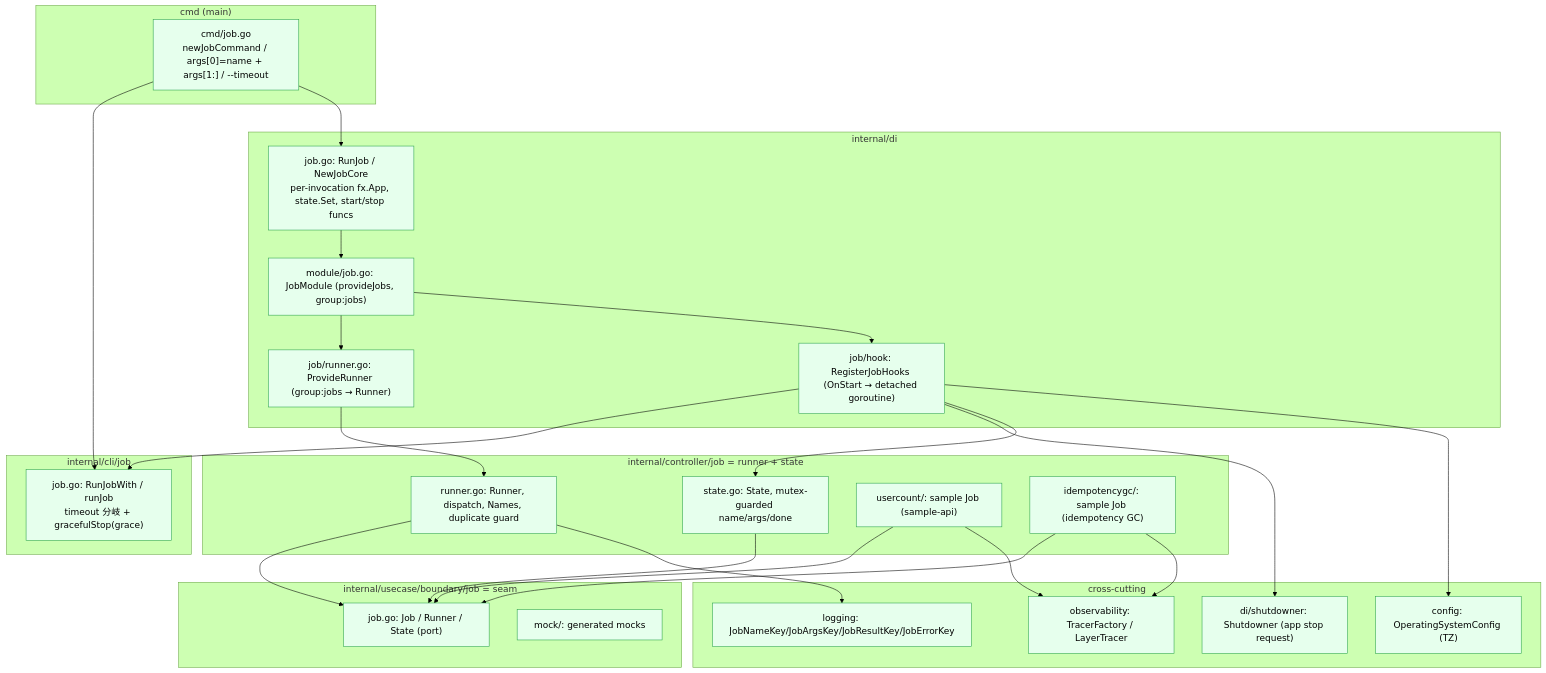
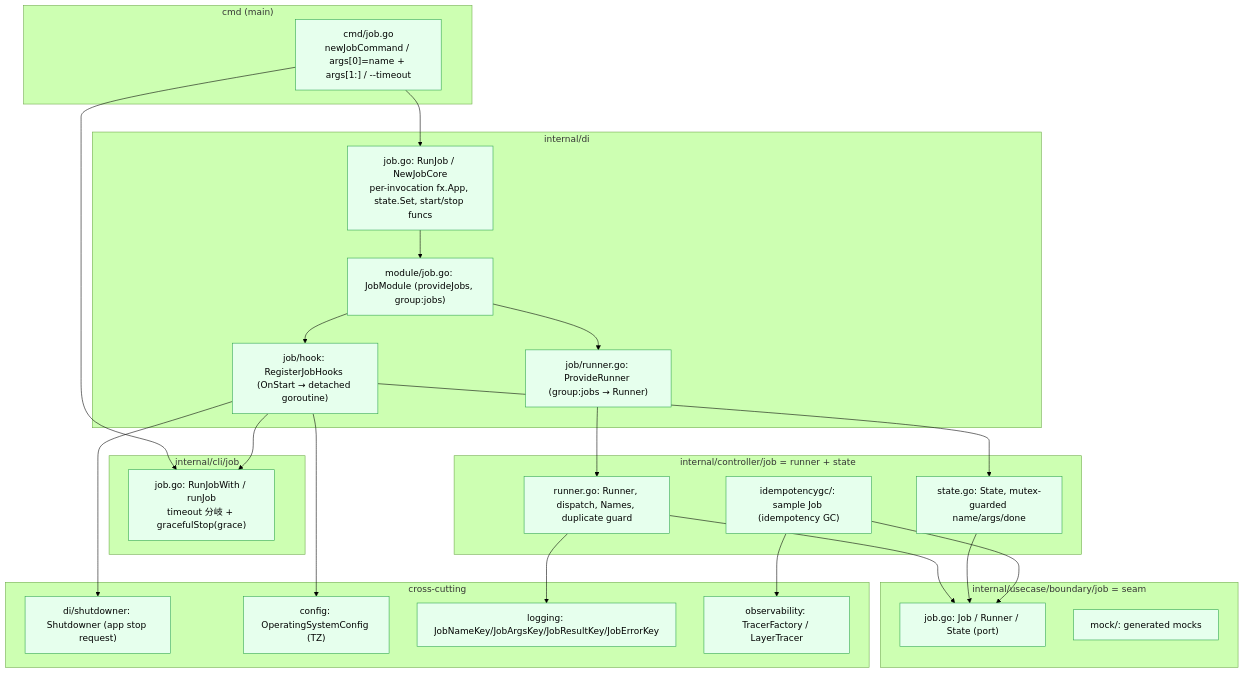
One commit to Tomy-ch/go-boilerplate changed the fourth of 6 diagrams in docs/design/job.md. Above: the diagram before and after it, drawn with Mermaid (forest theme). The commit also changed other lines of this file and 895 other files, not shown here.

````diff
--- a/docs/design/job.md
+++ b/docs/design/job.md
@@ -94,62 +94,49 @@
 ```mermaid
 flowchart TD
     subgraph cmdL["cmd (main)"]
         CMD["cmd/job.go<br/>newJobCommand / args[0]=name + args[1:] / --timeout"]
     end
     subgraph cliL["internal/cli/job"]
         CLI["job.go: RunJobWith / runJob<br/>timeout 分岐 + gracefulStop(grace)"]
     end
     subgraph diL["internal/di"]
         DIJ["job.go: RunJob / NewJobCore<br/>per-invocation fx.App, state.Set, start/stop funcs"]
         DIR["job/runner.go: ProvideRunner (group:jobs → Runner)"]
         DIH["job/hook: RegisterJobHooks (OnStart → detached goroutine)"]
         DIM["module/job.go: JobModule (provideJobs, group:jobs)"]
     end
     subgraph ctrlL["internal/controller/job  = runner + state"]
         RUN["runner.go: Runner, dispatch, Names, duplicate guard"]
         STATE["state.go: State, mutex-guarded name/args/done"]
-        %% sample-api:begin
-        UC["usercount/: sample Job (sample-api)"]
-        %% sample-api:end
         GC["idempotencygc/: sample Job (idempotency GC)"]
     end
     subgraph seamL["internal/usecase/boundary/job  = seam"]
         PORT["job.go: Job / Runner / State (port)"]
         MOCK["mock/: generated mocks"]
     end
     subgraph crossL["cross-cutting"]
         SD["di/shutdowner: Shutdowner (app stop request)"]
         CFG["config: OperatingSystemConfig (TZ)"]
         LOG["logging: JobNameKey/JobArgsKey/JobResultKey/JobErrorKey"]
         OTEL["observability: TracerFactory / LayerTracer"]
     end
 
     CMD --> CLI
     CMD --> DIJ
     DIJ --> DIM
     DIM --> DIR
     DIM --> DIH
     DIH --> CLI
     DIR --> RUN
     RUN --> PORT
     STATE --> PORT
-    %% sample-api:begin
-    UC --> PORT
-    %% sample-api:end
     GC --> PORT
     DIH --> SD
     DIH --> STATE
     RUN --> LOG
-    %% sample-api:begin
-    UC --> OTEL
-    %% sample-api:end
     GC --> OTEL
     DIH --> CFG
 
     classDef done fill:#e6ffed,stroke:#2da44e;
-    %% sample-api:replace-begin
-    class CMD,CLI,DIJ,DIR,DIH,DIM,RUN,STATE,UC,GC,PORT,MOCK,SD,CFG,LOG,OTEL done;
-    %% sample-api:replace-with
-    %% = class CMD,CLI,DIJ,DIR,DIH,DIM,RUN,STATE,GC,PORT,MOCK,SD,CFG,LOG,OTEL done;
-    %% sample-api:replace-end
+    class CMD,CLI,DIJ,DIR,DIH,DIM,RUN,STATE,GC,PORT,MOCK,SD,CFG,LOG,OTEL done;
 ```
````
